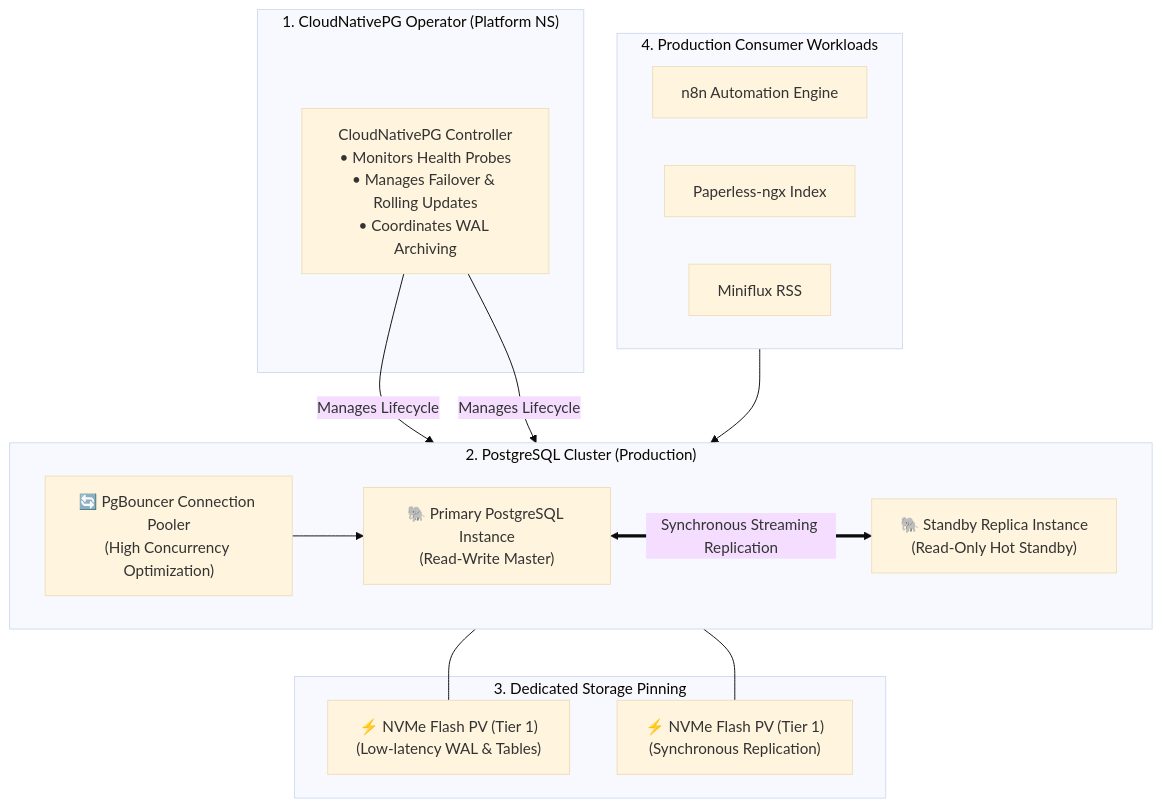
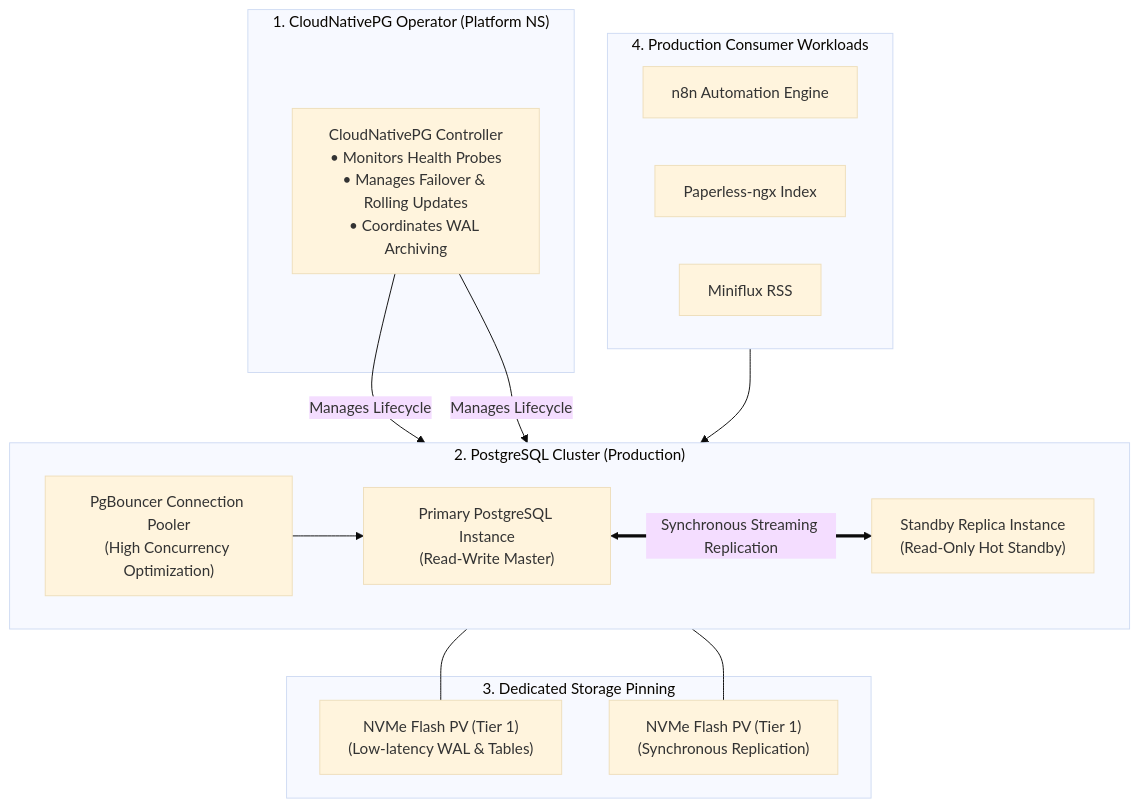
Before and after one commit to vsingh55/homelab-ops: the diagram in docs/projects/03-cloudnativepg-ha.md, drawn with Mermaid (base theme). The commit also changed other lines of this file and 59 other files, not shown here.

````diff
--- a/docs/projects/03-cloudnativepg-ha.md
+++ b/docs/projects/03-cloudnativepg-ha.md
@@ -27,34 +27,34 @@
 ```mermaid
 flowchart TD
-    subgraph OperatorControl["1. CloudNativePG Operator (Platform NS)"]
-        Controller["CloudNativePG Controller\n• Monitors Health Probes\n• Manages Failover & Rolling Updates\n• Coordinates WAL Archiving"]
-    end
+ subgraph OperatorControl["1. CloudNativePG Operator (Platform NS)"]
+ Controller["CloudNativePG Controller\n• Monitors Health Probes\n• Manages Failover & Rolling Updates\n• Coordinates WAL Archiving"]
+ end
 
-    subgraph ClusterInstances["2. PostgreSQL Cluster (Production)"]
-        direction LR
-        Primary["🐘 Primary PostgreSQL Instance\n(Read-Write Master)"]
-        Standby["🐘 Standby Replica Instance\n(Read-Only Hot Standby)"]
-        Pooler["🔄 PgBouncer Connection Pooler\n(High Concurrency Optimization)"]
-    end
+ subgraph ClusterInstances["2. PostgreSQL Cluster (Production)"]
+ direction LR
+ Primary[" Primary PostgreSQL Instance\n(Read-Write Master)"]
+ Standby[" Standby Replica Instance\n(Read-Only Hot Standby)"]
+ Pooler[" PgBouncer Connection Pooler\n(High Concurrency Optimization)"]
+ end
 
-    subgraph StorageLayer["3. Dedicated Storage Pinning"]
-        NVMe_Primary["⚡ NVMe Flash PV (Tier 1)\n(Low-latency WAL & Tables)"]
-        NVMe_Standby["⚡ NVMe Flash PV (Tier 1)\n(Synchronous Replication)"]
-    end
+ subgraph StorageLayer["3. Dedicated Storage Pinning"]
+ NVMe_Primary[" NVMe Flash PV (Tier 1)\n(Low-latency WAL & Tables)"]
+ NVMe_Standby[" NVMe Flash PV (Tier 1)\n(Synchronous Replication)"]
+ end
 
-    subgraph Applications["4. Production Consumer Workloads"]
-        n8n["n8n Automation Engine"]
-        Paperless["Paperless-ngx Index"]
-        Miniflux["Miniflux RSS"]
-    end
+ subgraph Applications["4. Production Consumer Workloads"]
+ n8n["n8n Automation Engine"]
+ Paperless["Paperless-ngx Index"]
+ Miniflux["Miniflux RSS"]
+ end
 
-    Controller -->|Manages Lifecycle| Primary
-    Controller -->|Manages Lifecycle| Standby
-    Primary <== Synchronous Streaming Replication ==> Standby
-    
-    Primary --- NVMe_Primary
-    Standby --- NVMe_Standby
-    
-    Applications --> Pooler
-    Pooler --> Primary
+ Controller -->|Manages Lifecycle| Primary
+ Controller -->|Manages Lifecycle| Standby
+ Primary <== Synchronous Streaming Replication ==> Standby
+ 
+ Primary --- NVMe_Primary
+ Standby --- NVMe_Standby
+ 
+ Applications --> Pooler
+ Pooler --> Primary
 ```
````
